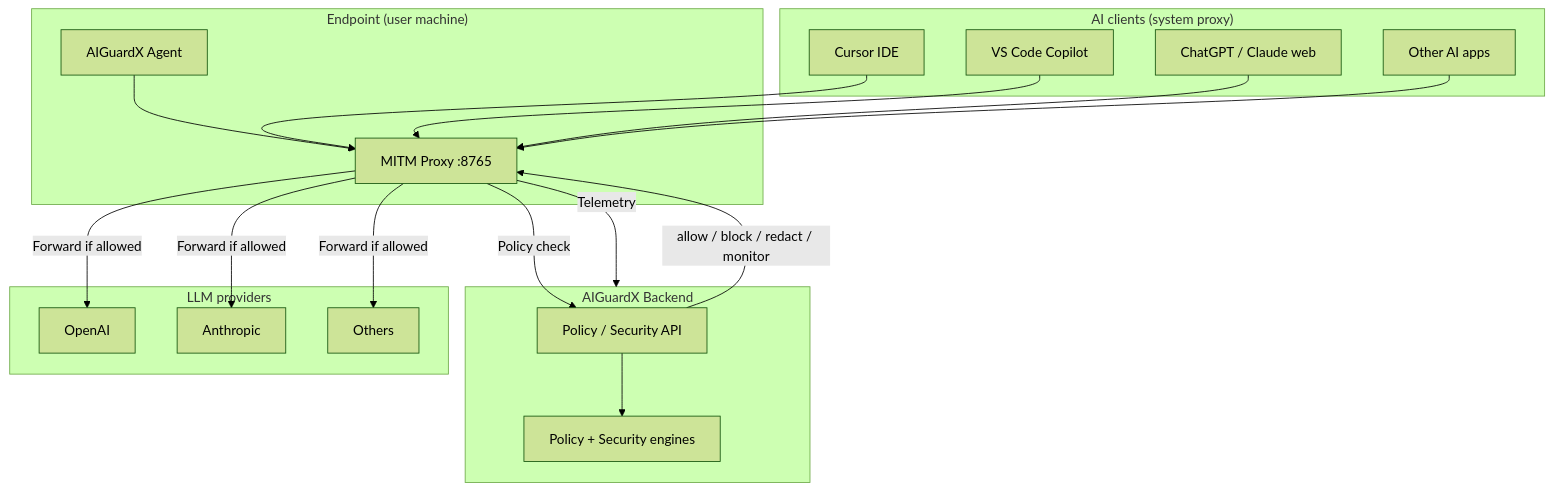
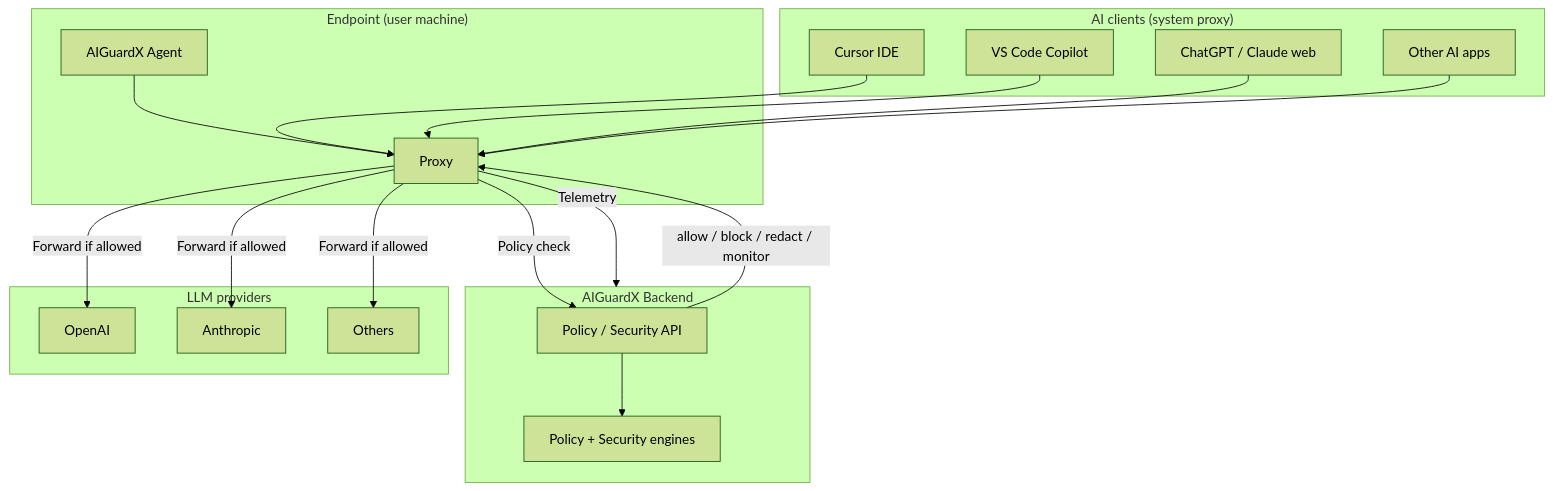
Before and after one commit to vartulzeroshieldai/AIGuardX: the first of 3 diagrams in README.md, drawn with Mermaid (forest theme). The commit also changed other lines of this file, not shown here.

````diff
--- a/README.md
+++ b/README.md
@@ -65,39 +65,39 @@
 ```mermaid
 graph TB
     subgraph Clients["AI clients (system proxy)"]
         Cursor[Cursor IDE]
         VSCode[VS Code Copilot]
         Browser[ChatGPT / Claude web]
         Other[Other AI apps]
     end
 
     subgraph Endpoint["Endpoint (user machine)"]
         Agent[AIGuardX Agent]
-        Proxy[MITM Proxy :8765]
+        Proxy[Proxy]
         Agent --> Proxy
     end
 
     subgraph Backend["AIGuardX Backend"]
         API[Policy / Security API]
         Engine[Policy + Security engines]
         API --> Engine
     end
 
     subgraph LLM["LLM providers"]
         OpenAI[OpenAI]
         Anthropic[Anthropic]
         Others[Others]
     end
 
     Cursor --> Proxy
     VSCode --> Proxy
     Browser --> Proxy
     Other --> Proxy
 
     Proxy -->|Policy check| API
     API -->|allow / block / redact / monitor| Proxy
     Proxy -->|Forward if allowed| OpenAI
     Proxy -->|Forward if allowed| Anthropic
     Proxy -->|Forward if allowed| Others
     Proxy -->|Telemetry| Backend
 ```
````
